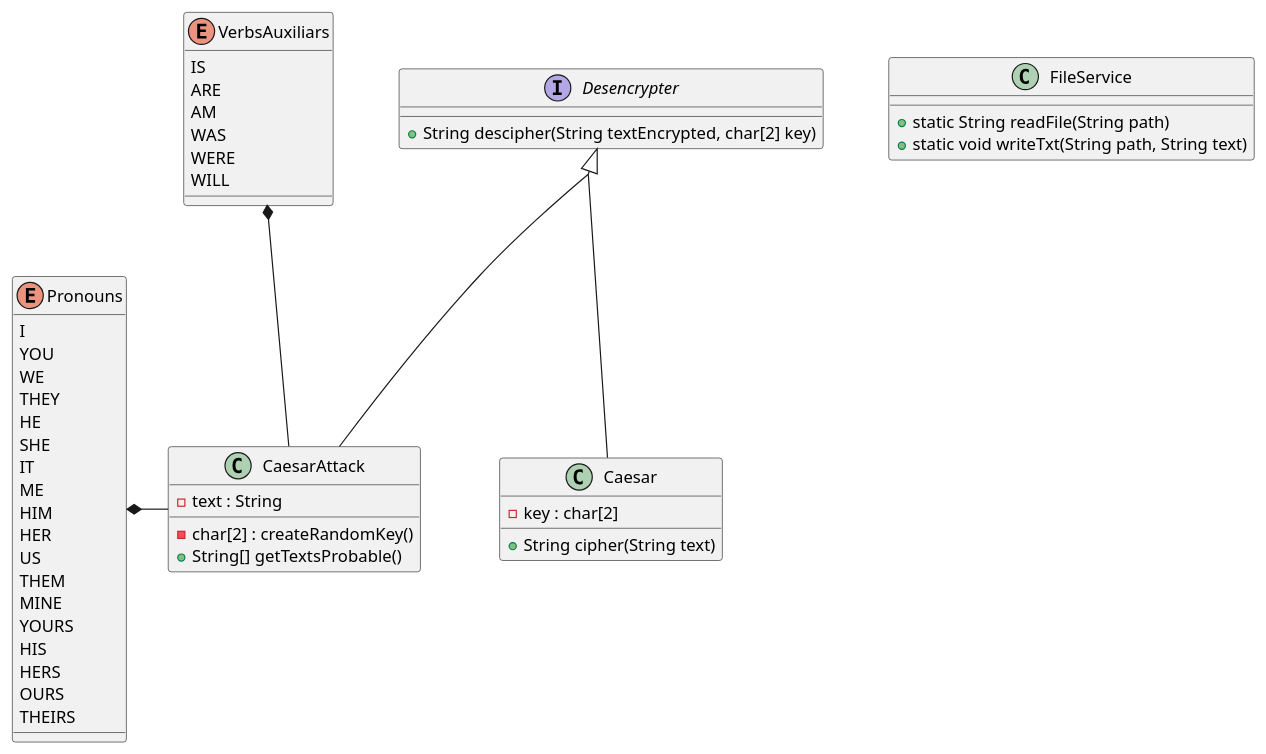
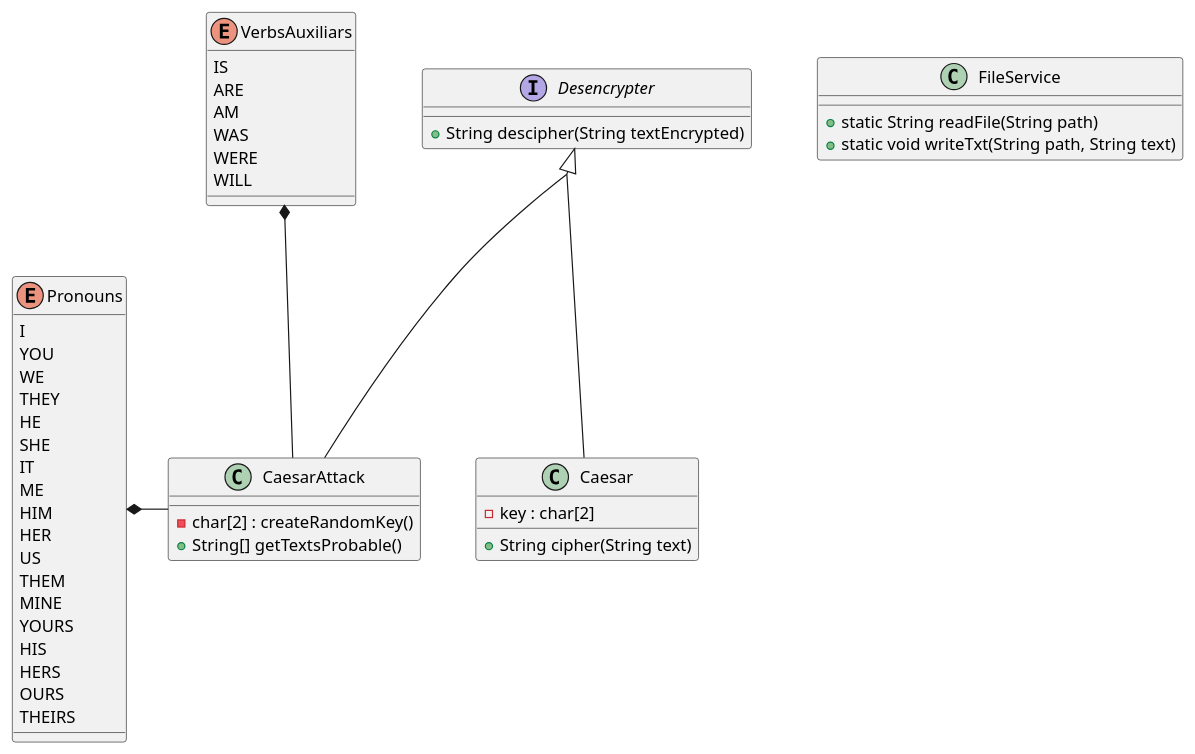
One commit to Iyaka666/ultimoIntentoCifradoCesar changed the diagram in src/UML/cesarUML.puml. Above: the diagram before and after it, drawn with PlantUML.

Commit message:
Modificación
Cambio el diseño del diagrama de clase en la Clase Caesar, CaesarAttack y la interfaz Desencrypter

```diff
--- a/src/UML/cesarUML.puml
+++ b/src/UML/cesarUML.puml
@@ -1,90 +1,89 @@
 @startuml cesar
 skinparam groupInheritance 2
 ' El constructor recibe 
 '   - Una llave que son dos carácteres en un array estático
 ' Cuenta con un método propio que debe
 '   - Realizar el proceso del cifrador César para los carácteres 
 '     dentro del texto este se va a cifrar con la llave determinada por un usuario,
 ' - Para obtener el texto es necesario llamar al método de clase readFile
 ' - El texto puede contener carácteres especiales por lo que deben de quedar como tal,
 '   es decir sí se encuentra un carácter especial no hacerle ninguna transformación.
 ' - Para una mayor simplicidad el texto será tratado en minúsculas
 ' - Ademas la clase cuenta con la interfaz de una implementacion de desencriptar  
 class Caesar{
   -key : char[2]
   +String cipher(String text)
 }
 
 ' El constructor recibe
 '   - El texto encriptado para su posible desencriptación
 ' Cuenta con dos métodos propios que deben hacer
 '   - El método createRandomKey tiene la labor de crear una llave de forma aleatoria
 '     que será usada en el siguiente método muchas veces
 '   - El método getTextsProbable usa diferentes llaves para intentar desencriptar el texto pasado, 
 '     pero este usará dos de sus enumeraciones para establecer que el texto es cohérente en el idioma
 '     dado en este caso especifico inglés
 class CaesarAttack{
-  -text : String
   -char[2] : createRandomKey()
   +String[] getTextsProbable()
 }
 
 ' La interfaz debe ser implemetada en los Caesar
 ' Tiene un método que debe decifrar a partir de los párametros que son
 '   - un texto encriptado 
 '   - una llave para poder tener idea de como desencriptar 
 interface Desencrypter{
-  +String descipher(String textEncrypted, char[2] key)
+  +String descipher(String textEncrypted)
 }
 
 ' Una clase que se encarga de las operaciones sobre archivos, en este caso sólo escritura y lectura
 class FileService {
   + static String readFile(String path)
   + static void writeTxt(String path, String text)
 }
 
 ' Una enumeración de tres de los siete tipos de pronombres del inglés
 enum Pronouns{
   'Personals
   I
   YOU
   WE
   THEY
   HE
   SHE
   IT
   'Object
   ME
   HIM
   HER
   US
   THEM
   'Posessive
   MINE
   YOURS
   HIS
   HERS
   OURS
   THEIRS
 }
 
 ' Una enumeración con los verbos auxiliares del presente, pasado y futuro usados en inglés
 enum VerbsAuxiliars{
   IS
   ARE
   AM
   WAS
   WERE
   WILL
 }
 
 Desencrypter <|-- Caesar
 Desencrypter <|-- CaesarAttack
 
 ' Caesar -down-* FileService
 ' CaesarAttack -down-* FileService
 
 ' Pronouns *-down- CaesarAttack
 CaesarAttack -left-* Pronouns
 VerbsAuxiliars *-down- CaesarAttack
 @enduml
```
